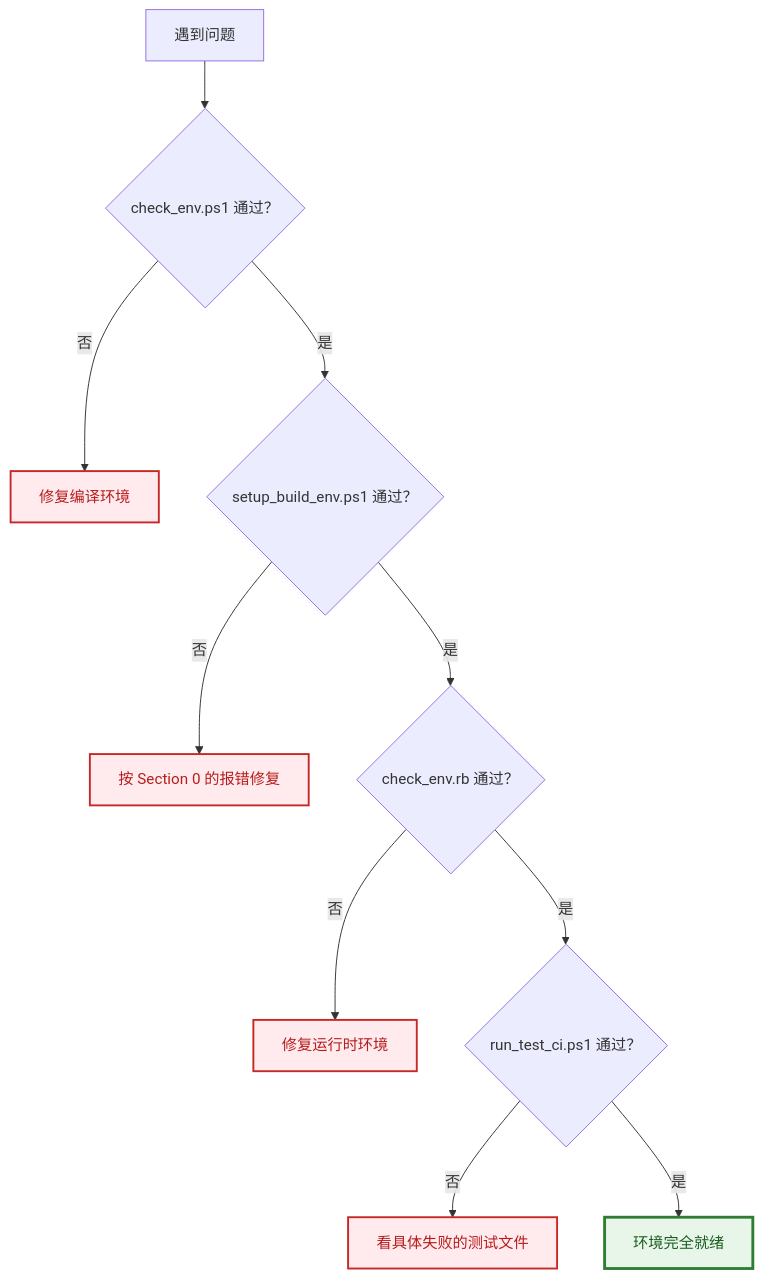
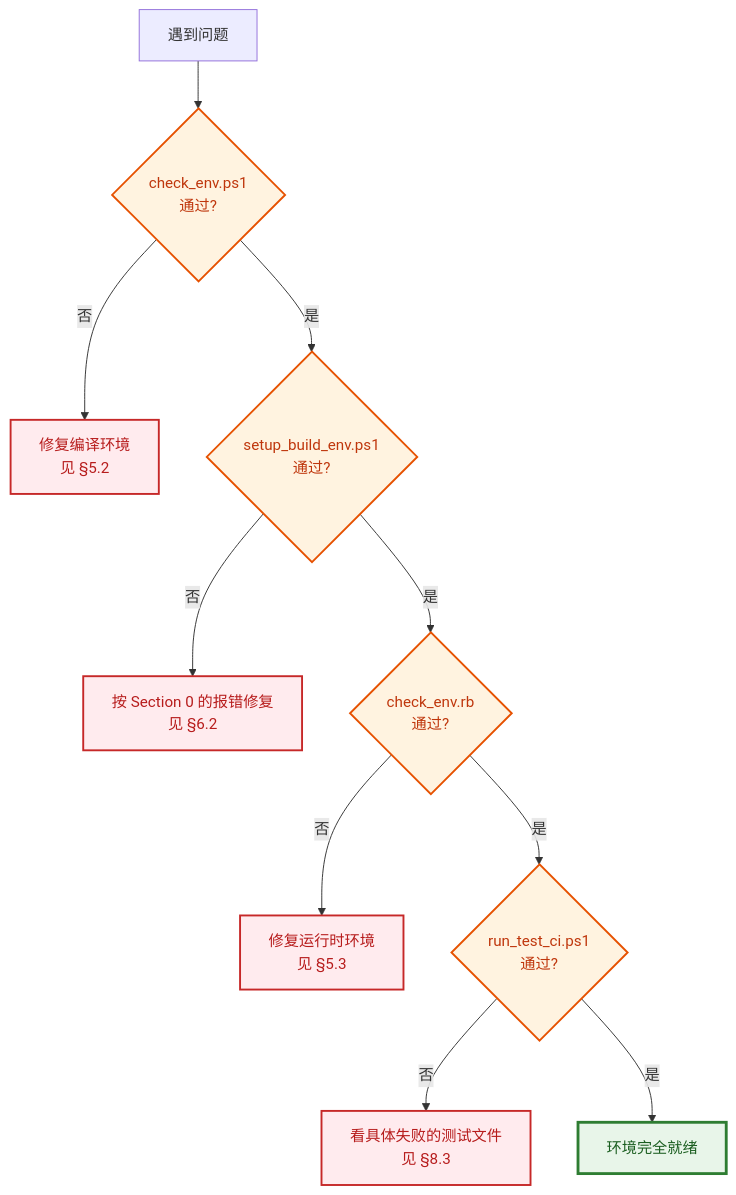
Before and after one commit to PassByYou888/LingoFuse: diagram 22 of 23 in ruby/README.md, drawn with Mermaid. The commit also changed other lines of this file, not shown here.

````diff
--- a/ruby/README.md
+++ b/ruby/README.md
@@ -1406,18 +1824,20 @@
 ```mermaid
 flowchart TD
-    Issue["遇到问题"] --> Q1{"check_env.ps1 通过？"}
-    Q1 -- "否" --> Fix1["修复编译环境"]
-    Q1 -- "是" --> Q2{"setup_build_env.ps1 通过？"}
-    Q2 -- "否" --> Fix2["按 Section 0 的报错修复"]
-    Q2 -- "是" --> Q3{"check_env.rb 通过？"}
-    Q3 -- "否" --> Fix3["修复运行时环境"]
-    Q3 -- "是" --> Q4{"run_test_ci.ps1 通过？"}
-    Q4 -- "否" --> Fix4["看具体失败的测试文件"]
-    Q4 -- "是" --> OK["环境完全就绪"]
+    Issue["遇到问题"] --> Q1{"check_env.ps1<br/>通过?"}
+    Q1 -->|"否"| Fix1["修复编译环境<br/>见 §5.2"]
+    Q1 -->|"是"| Q2{"setup_build_env.ps1<br/>通过?"}
+    Q2 -->|"否"| Fix2["按 Section 0 的报错修复<br/>见 §6.2"]
+    Q2 -->|"是"| Q3{"check_env.rb<br/>通过?"}
+    Q3 -->|"否"| Fix3["修复运行时环境<br/>见 §5.3"]
+    Q3 -->|"是"| Q4{"run_test_ci.ps1<br/>通过?"}
+    Q4 -->|"否"| Fix4["看具体失败的测试文件<br/>见 §8.3"]
+    Q4 -->|"是"| OK["环境完全就绪"]
 
     classDef ok fill:#E8F5E9,stroke:#2E7D32,stroke-width:3px,color:#1B5E20
     classDef fail fill:#FFEBEE,stroke:#C62828,stroke-width:2px,color:#B71C1C
+    classDef check fill:#FFF3E0,stroke:#E65100,stroke-width:2px,color:#BF360C
 
     class OK ok
     class Fix1,Fix2,Fix3,Fix4 fail
+    class Q1,Q2,Q3,Q4 check
 ```
````
